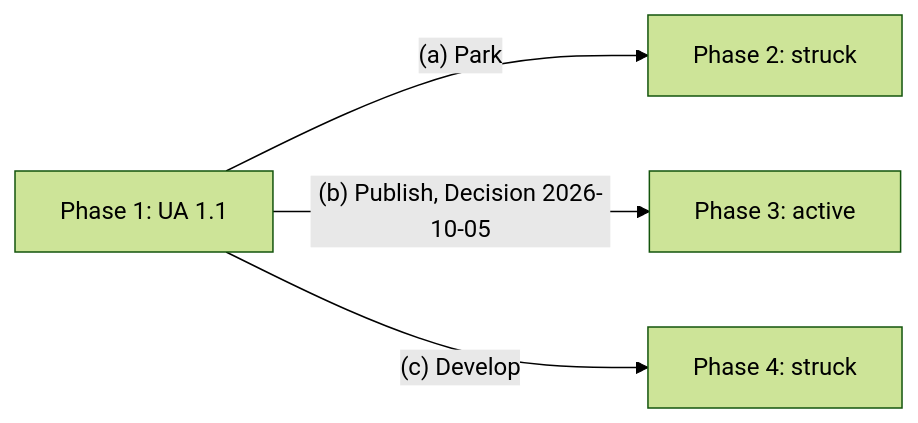
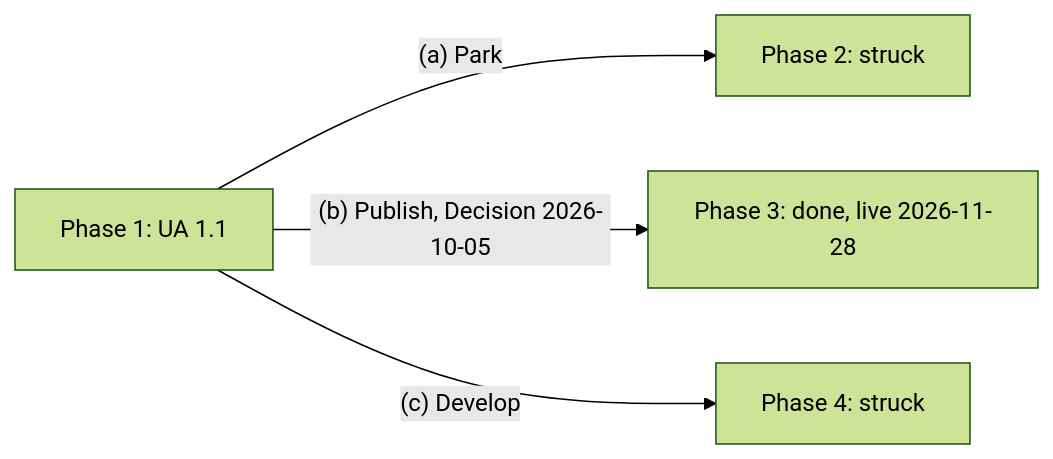
The diagram in 00_project_system/MASTER_PLAN.md (Colorado-Startups/space-peak), drawn with Mermaid (forest theme) before and after one commit. The commit also changed other lines of this file and 10 other files, not shown here.

````diff
--- a/00_project_system/MASTER_PLAN.md
+++ b/00_project_system/MASTER_PLAN.md
@@ -7,6 +7,6 @@
 ```mermaid
 flowchart LR
   P1["Phase 1: UA 1.1"] -->|"(a) Park"| P2["Phase 2: struck"]
-  P1 -->|"(b) Publish, Decision 2026-10-05"| P3["Phase 3: active"]
+  P1 -->|"(b) Publish, Decision 2026-10-05"| P3["Phase 3: done, live 2026-11-28"]
   P1 -->|"(c) Develop"| P4["Phase 4: struck"]
 ```
````
